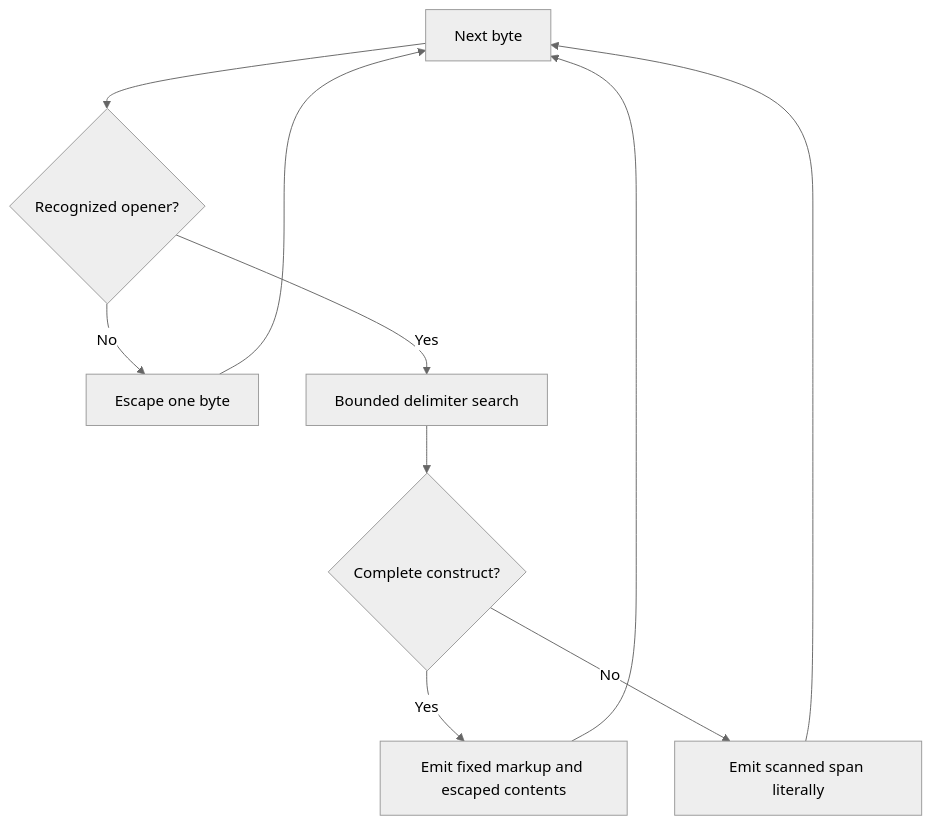
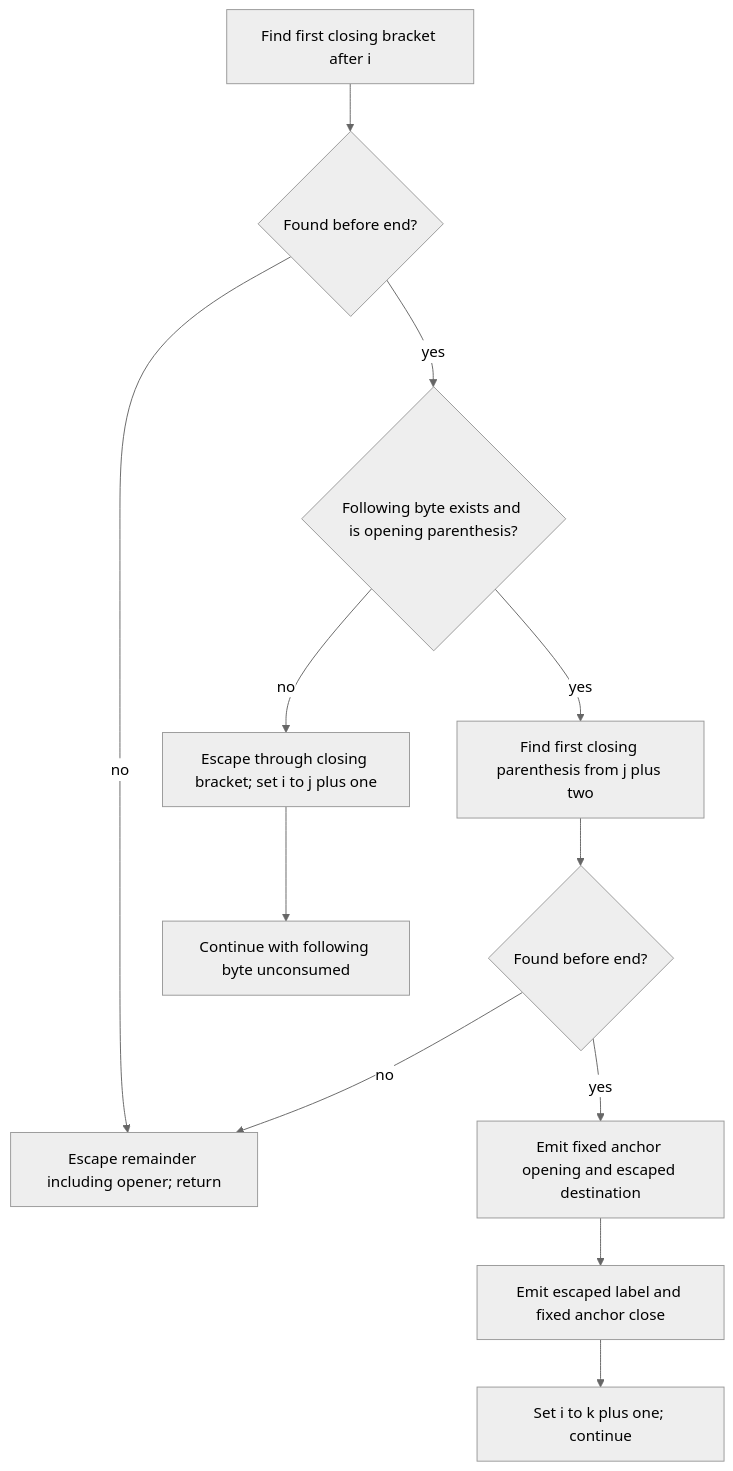
Before and after one commit to macchiato-dev/macchiato: the second of 2 diagrams in dev/microwasm/renderer/03-inline.md, drawn with Mermaid (neutral theme). The commit also changed other lines of this file and 3 other files, not shown here.

````diff
--- a/dev/microwasm/renderer/03-inline.md
+++ b/dev/microwasm/renderer/03-inline.md
@@ -25,12 +64,14 @@
 ```mermaid
 flowchart TD
-    A[Next byte] --> B{Recognized opener?}
-    B -- No --> T[Escape one byte]
-    B -- Yes --> S[Bounded delimiter search]
-    S --> C{Complete construct?}
-    C -- Yes --> H[Emit fixed markup and escaped contents]
-    C -- No --> L[Emit scanned span literally]
-    T --> A
-    H --> A
-    L --> A
+  A[Find first closing bracket after i] --> B{Found before end?}
+  B -- no --> R[Escape remainder including opener; return]
+  B -- yes --> C{Following byte exists and is opening parenthesis?}
+  C -- no --> F[Escape through closing bracket; set i to j plus one]
+  C -- yes --> D[Find first closing parenthesis from j plus two]
+  D --> E{Found before end?}
+  E -- no --> R
+  E -- yes --> H[Emit fixed anchor opening and escaped destination]
+  H --> L[Emit escaped label and fixed anchor close]
+  L --> N[Set i to k plus one; continue]
+  F --> N2[Continue with following byte unconsumed]
 ```
````
